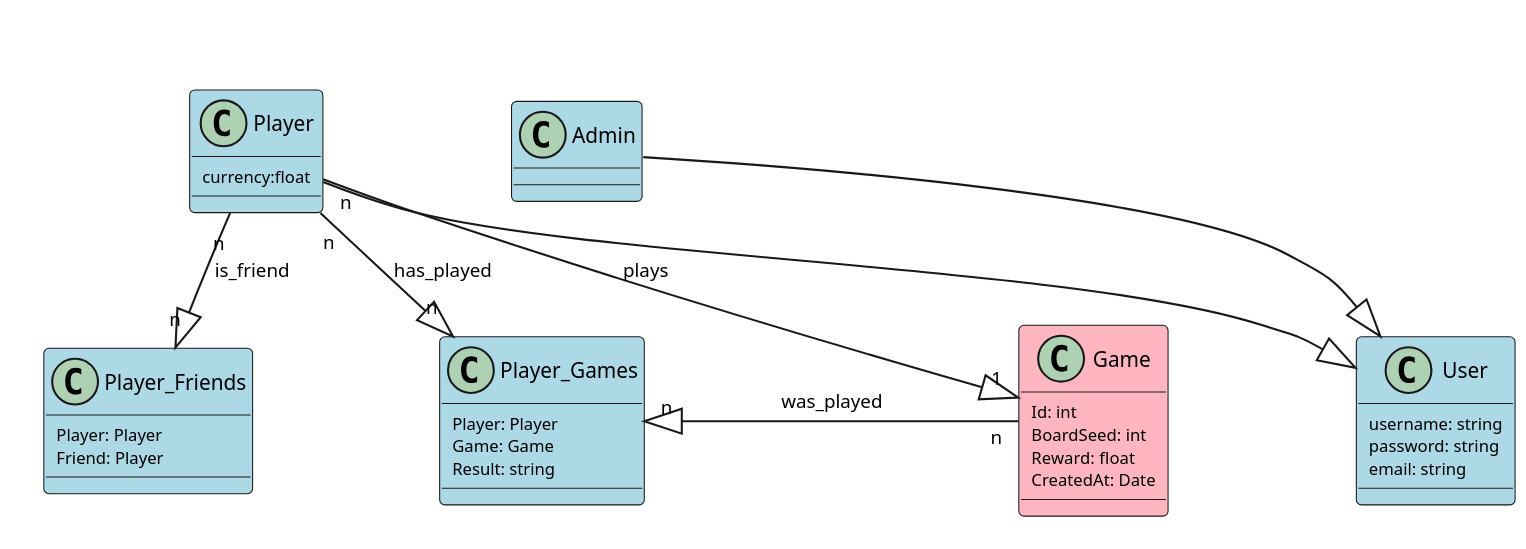
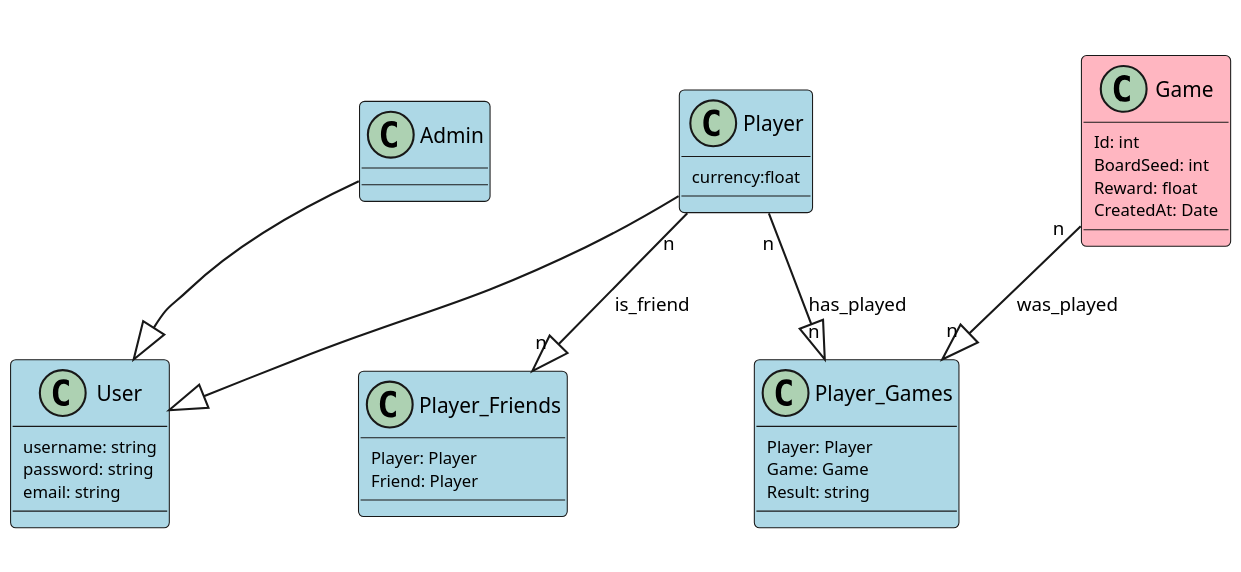
Before and after one commit to UdL-EPS-SoftArch/webmemory-api: the diagram in UML_DIAGRAM.puml, drawn with PlantUML.

Commit message:
Add files via upload
Removed irrelevant relationship line between Player and Game

```diff
--- a/UML_DIAGRAM.puml
+++ b/UML_DIAGRAM.puml
@@ -1,76 +1,74 @@
 @startuml
 
 skinparam dpi 200
 skinparam classAttributeFontSize 8
 skinparam classArrowFontSize 9
 skinparam classFontSize 10
 skinparam nodesep 90
 skinparam ranksep 40
 hide stereotype
 
 skinparam class {
    BackgroundColor White
    BackgroundColor<<Game>> LightPink
    BackgroundColor<<User>> LightBlue
    BackgroundColor<<Invitation>> LightYellow
 }
 skinparam shadowing false
 
 skinparam package<<Layout>> {
 borderColor Transparent
 backgroundColor Transparent
 fontColor Transparent
 stereotypeFontColor Transparent
 }
 
 class User <<User>> {
   username: string
   password: string
   email: string
 }
 
 package Users <<Layout>>{
   class Player <<User>> {
      currency:float
 
   }
 
   class Admin <<User>> {
 
   }
 }
 
 class Game <<Game>> {
   Id: int
   BoardSeed: int
   Reward: float
   CreatedAt: Date
 
 }
 
 package Users <<Layout>> {
    class Player_Friends <<User>> {
        Player: Player
        Friend: Player
    }
 
    class Player_Games <<User>> {
        Player: Player
        Game: Game
        Result: string
    }
 }
 
-Player "n" --|> "1" Game : plays
-
 Player " " --|> " " User
 
 Admin " " --|> " " User
 
 Player "n" --|> "n" Player_Friends : is_friend
 
 Game "n" --|> "n" Player_Games : was_played
 
 Player "n" --|> "n" Player_Games : has_played
 
 @enduml
```
